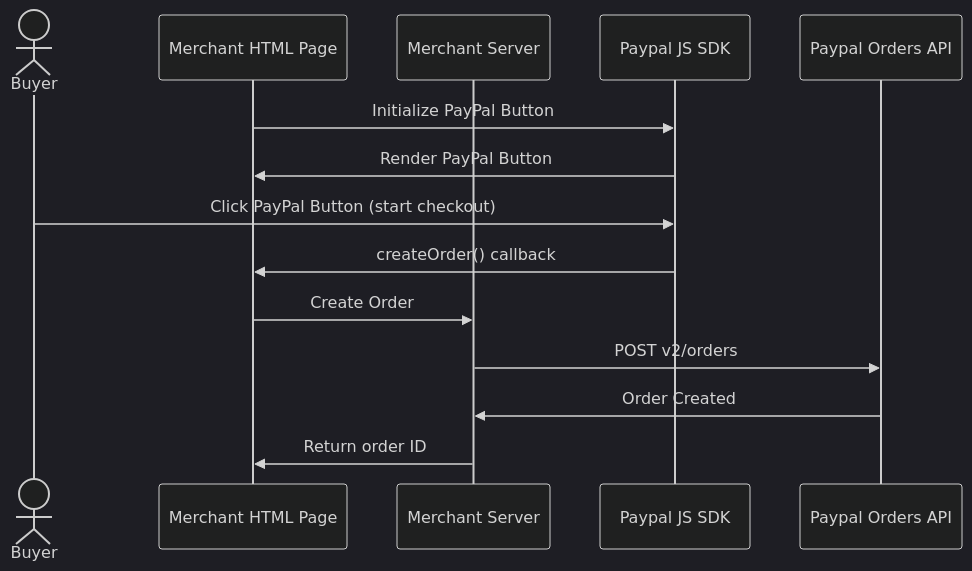
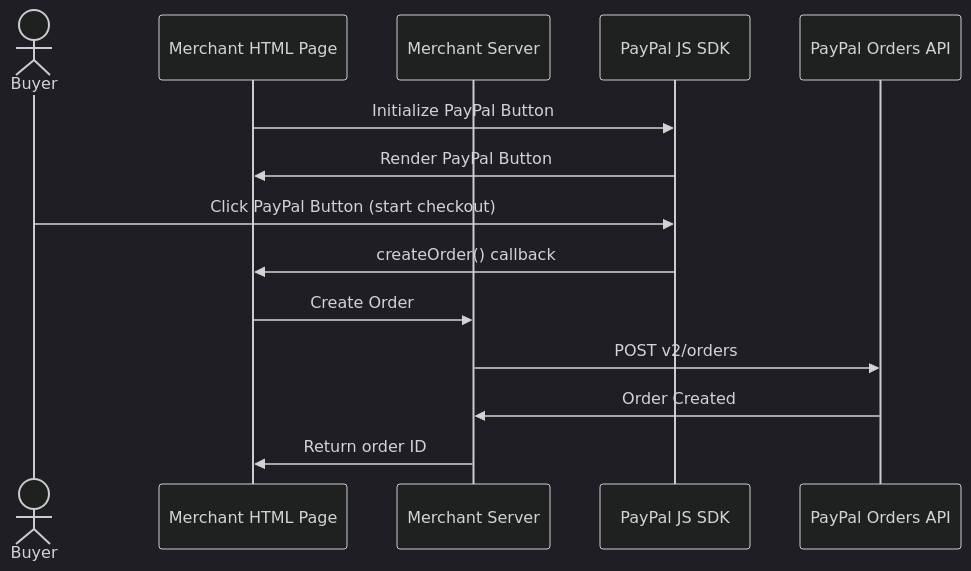
One commit to paypal-examples/paypal-sdk-server-side-integration changed the diagram in docs/update-from-client-side-helpers-to-server-side.md. Above: the diagram before and after it, drawn with Mermaid (dark theme). The commit also changed other lines of this file, not shown here.

````diff
--- a/docs/update-from-client-side-helpers-to-server-side.md
+++ b/docs/update-from-client-side-helpers-to-server-side.md
@@ -99,16 +95,16 @@
 ```mermaid
 sequenceDiagram
     actor Buyer
     participant M(HTML) as Merchant HTML Page
     participant M(S) as Merchant Server
-    participant PP(SDK) as Paypal JS SDK
-    participant PP(ORDER) as Paypal Orders API
+    participant PP(SDK) as PayPal JS SDK
+    participant PP(ORDER) as PayPal Orders API
     M(HTML)->>PP(SDK): Initialize PayPal Button
     PP(SDK)->>M(HTML): Render PayPal Button
     Buyer->>PP(SDK): Click PayPal Button (start checkout)
     PP(SDK)->>M(HTML): createOrder() callback
     M(HTML)->>M(S): Create Order
     M(S)->>PP(ORDER): POST v2/orders
     PP(ORDER)->>M(S): Order Created
     M(S)->>M(HTML): Return order ID
 ```
````
